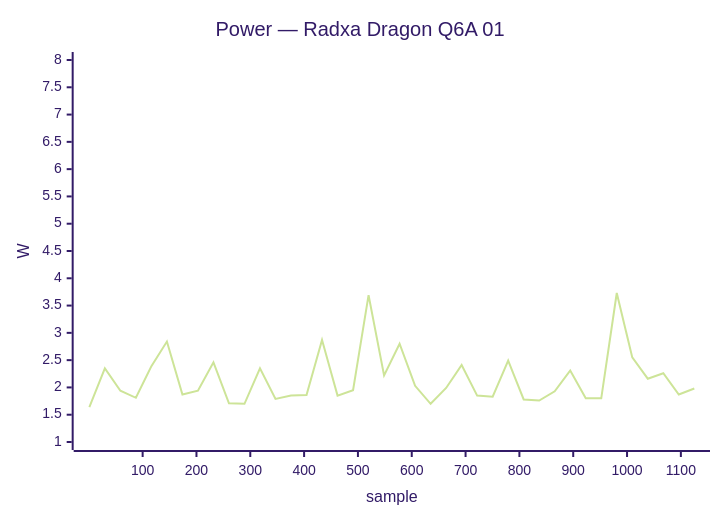
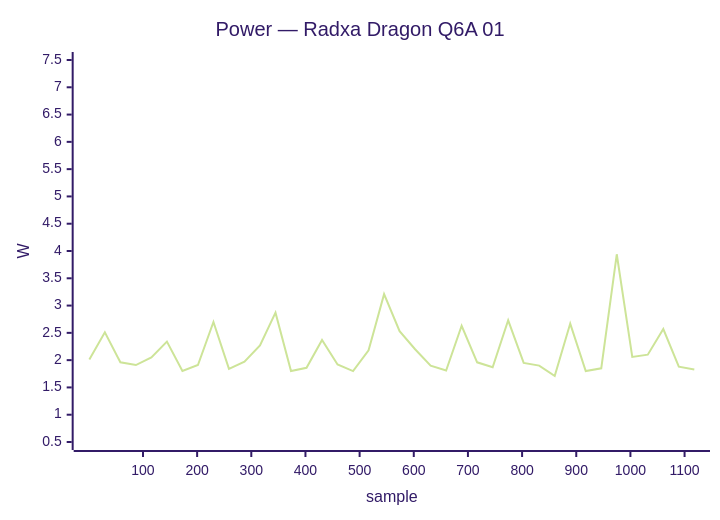
One commit to armbian/documentation changed the seventh of 34 diagrams in docs/status/board-tests.md. Above: the diagram before and after it, drawn with Mermaid (forest theme). The commit also changed other lines of this file, not shown here.

````diff
--- a/docs/status/board-tests.md
+++ b/docs/status/board-tests.md
@@ -418,7 +396,7 @@
 ```mermaid
 xychart-beta
     title "Power — Radxa Dragon Q6A 01"
-    x-axis "sample" 1 --> 1125
-    y-axis "W" 1.0 --> 8.0
-    line [1.64, 2.35, 1.94, 1.81, 2.39, 2.84, 1.87, 1.94, 2.46, 1.71, 1.70, 2.35, 1.79, 1.85, 1.86, 2.87, 1.85, 1.95, 3.69, 2.22, 2.80, 2.03, 1.70, 1.99, 2.41, 1.85, 1.83, 2.49, 1.78, 1.76, 1.93, 2.31, 1.80, 1.80, 3.73, 2.55, 2.16, 2.26, 1.87, 1.98]
+    x-axis "sample" 1 --> 1118
+    y-axis "W" 0.5 --> 7.5
+    line [2.01, 2.51, 1.96, 1.91, 2.05, 2.34, 1.80, 1.91, 2.70, 1.84, 1.97, 2.27, 2.87, 1.80, 1.86, 2.37, 1.92, 1.80, 2.18, 3.21, 2.53, 2.20, 1.90, 1.81, 2.63, 1.96, 1.87, 2.73, 1.95, 1.90, 1.71, 2.67, 1.80, 1.85, 3.94, 2.06, 2.10, 2.57, 1.88, 1.83]
 ```
````
